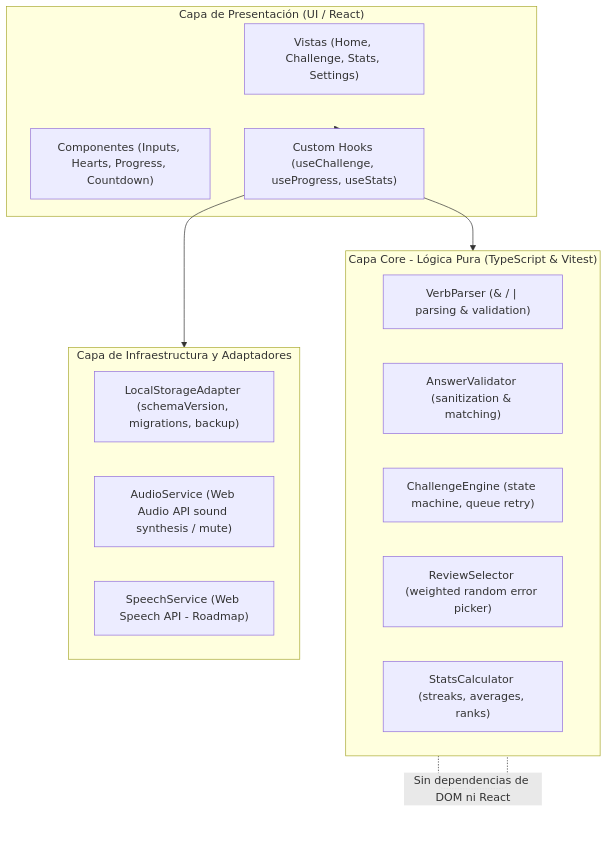
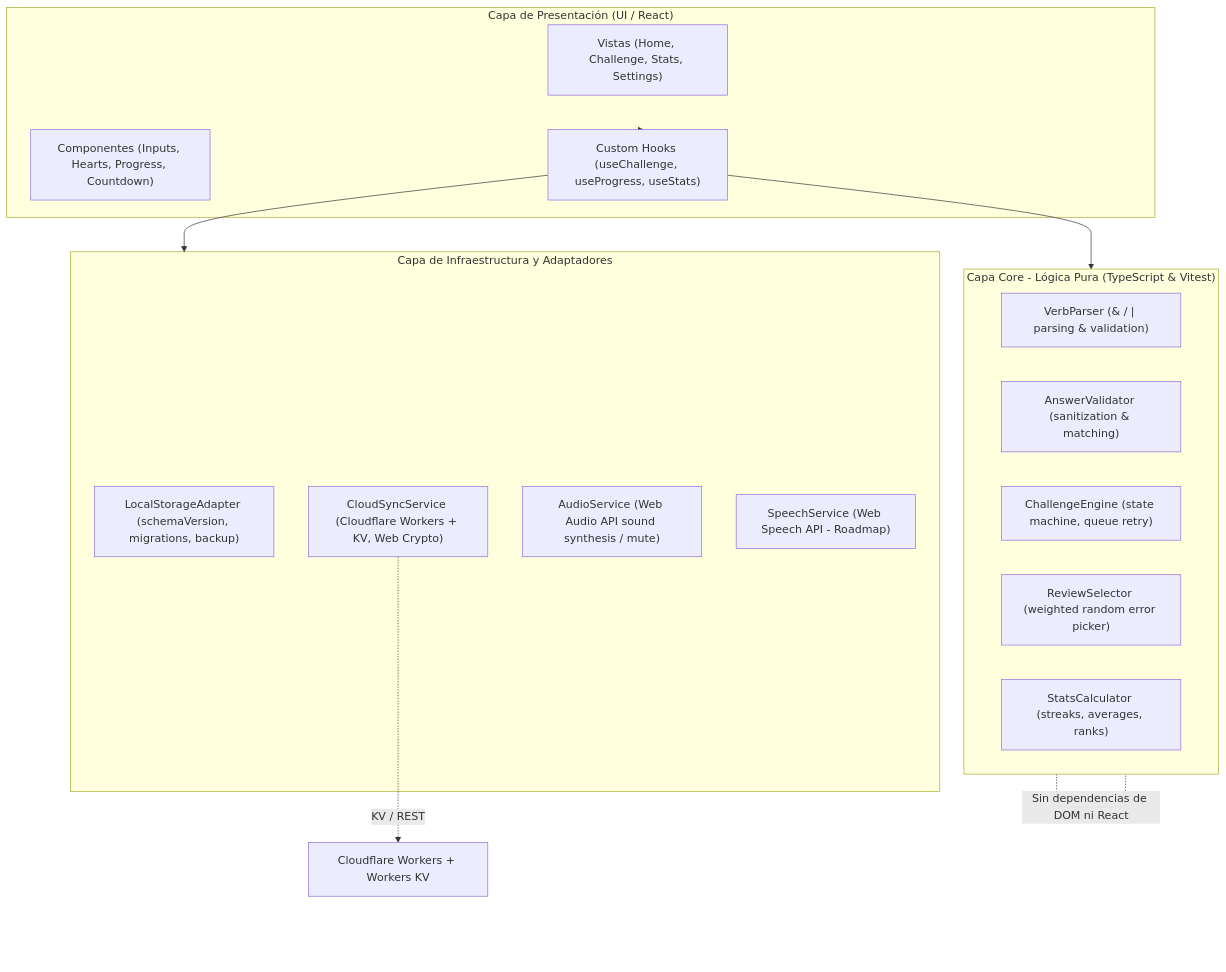
One commit to urizev/irregular-verbs changed the diagram in docs/tech-stack.md. Above: the diagram before and after it, drawn with Mermaid. The commit also changed other lines of this file and 14 other files, not shown here.

First line of the commit message:
feat(cloud-sync): incorporar sincronización en la nube con Cloudflare Workers KV

````diff
--- a/docs/tech-stack.md
+++ b/docs/tech-stack.md
@@ -23,27 +23,29 @@
 ```mermaid
 graph TD
     subgraph Presentation ["Capa de Presentación (UI / React)"]
         Views["Vistas (Home, Challenge, Stats, Settings)"]
         Components["Componentes (Inputs, Hearts, Progress, Countdown)"]
         Hooks["Custom Hooks (useChallenge, useProgress, useStats)"]
     end
 
     subgraph Core ["Capa Core - Lógica Pura (TypeScript & Vitest)"]
         VerbParser["VerbParser (& / | parsing & validation)"]
         AnswerValidator["AnswerValidator (sanitization & matching)"]
         ChallengeEngine["ChallengeEngine (state machine, queue retry)"]
         ReviewSelector["ReviewSelector (weighted random error picker)"]
         StatsCalculator["StatsCalculator (streaks, averages, ranks)"]
     end
 
     subgraph Infrastructure ["Capa de Infraestructura y Adaptadores"]
         StorageAdapter["LocalStorageAdapter (schemaVersion, migrations, backup)"]
+        CloudSyncService["CloudSyncService (Cloudflare Workers + KV, Web Crypto)"]
         AudioService["AudioService (Web Audio API sound synthesis / mute)"]
         SpeechService["SpeechService (Web Speech API - Roadmap)"]
     end
 
     Presentation --> Hooks
     Hooks --> Core
     Hooks --> Infrastructure
+    CloudSyncService -. "KV / REST" .-> CloudflareKV["Cloudflare Workers + Workers KV"]
     Core -. "Sin dependencias de DOM ni React" .- Core
 ```
````
